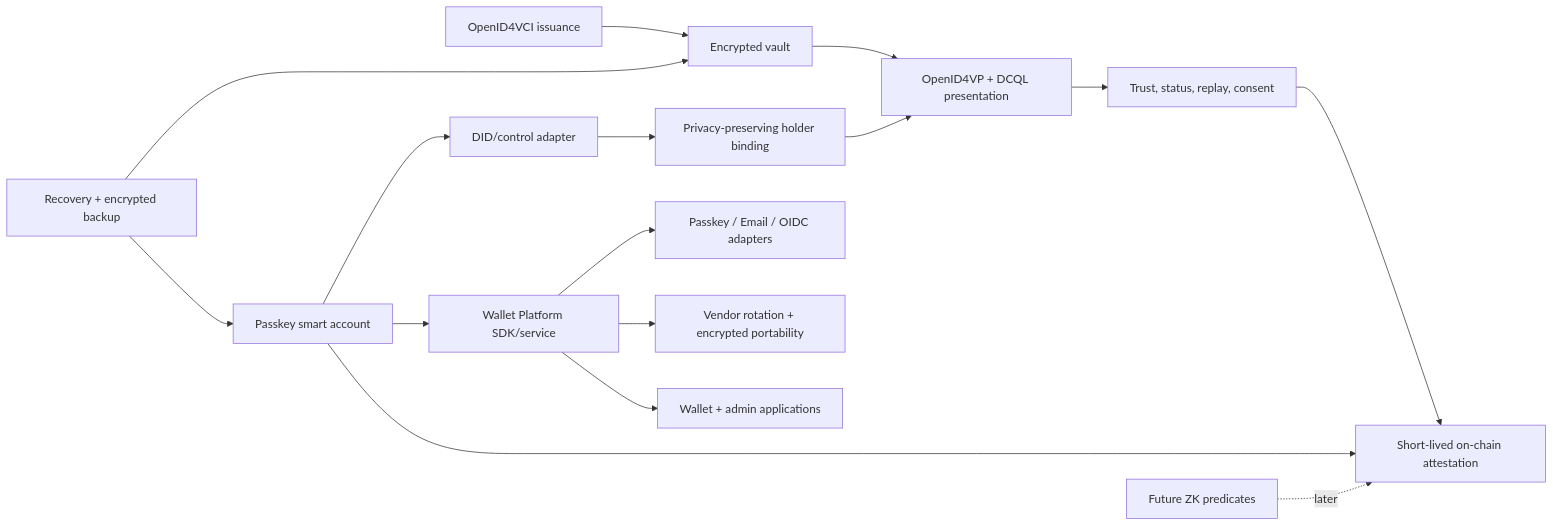
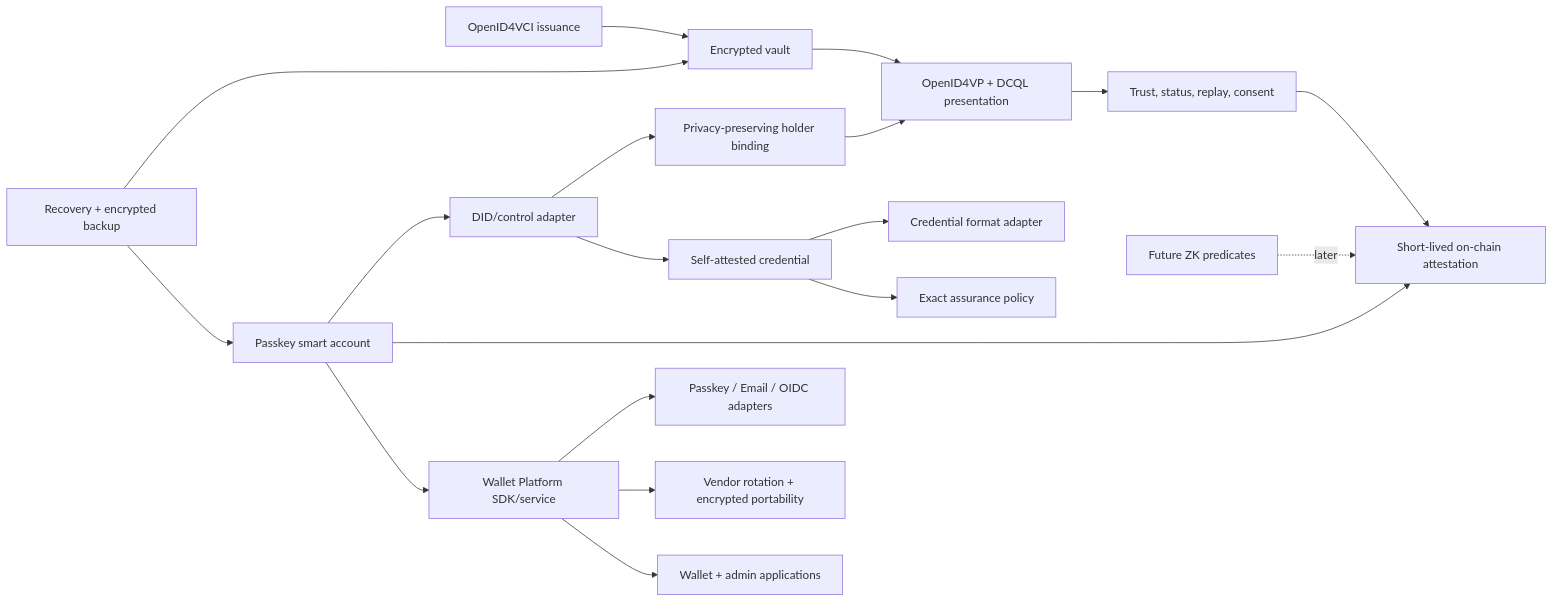
One commit to gordo-labs/universal-smart-wallet changed the diagram in working/maps/FEATURE-RELATIONS.md. Above: the diagram before and after it, drawn with Mermaid. The commit also changed other lines of this file and 14 other files, not shown here.

Commit message:
feat(SSW-055): add self-attested credentials

````diff
--- a/working/maps/FEATURE-RELATIONS.md
+++ b/working/maps/FEATURE-RELATIONS.md
@@ -3,18 +3,21 @@
 ```mermaid
 flowchart LR
   I[OpenID4VCI issuance] --> V[Encrypted vault]
   V --> P[OpenID4VP + DCQL presentation]
   P --> T[Trust, status, replay, consent]
   A[Passkey smart account] --> D[DID/control adapter]
   D --> H[Privacy-preserving holder binding]
   H --> P
   T --> O[Short-lived on-chain attestation]
   A --> O
   R[Recovery + encrypted backup] --> V
   R --> A
   Z[Future ZK predicates] -. later .-> O
   A --> WP[Wallet Platform SDK/service]
   WP --> AUTH[Passkey / Email / OIDC adapters]
   WP --> PORT[Vendor rotation + encrypted portability]
   WP --> ADMIN[Wallet + admin applications]
+  D --> SI[Self-attested credential]
+  SI --> FMT[Credential format adapter]
+  SI --> POL[Exact assurance policy]
 ```
````
